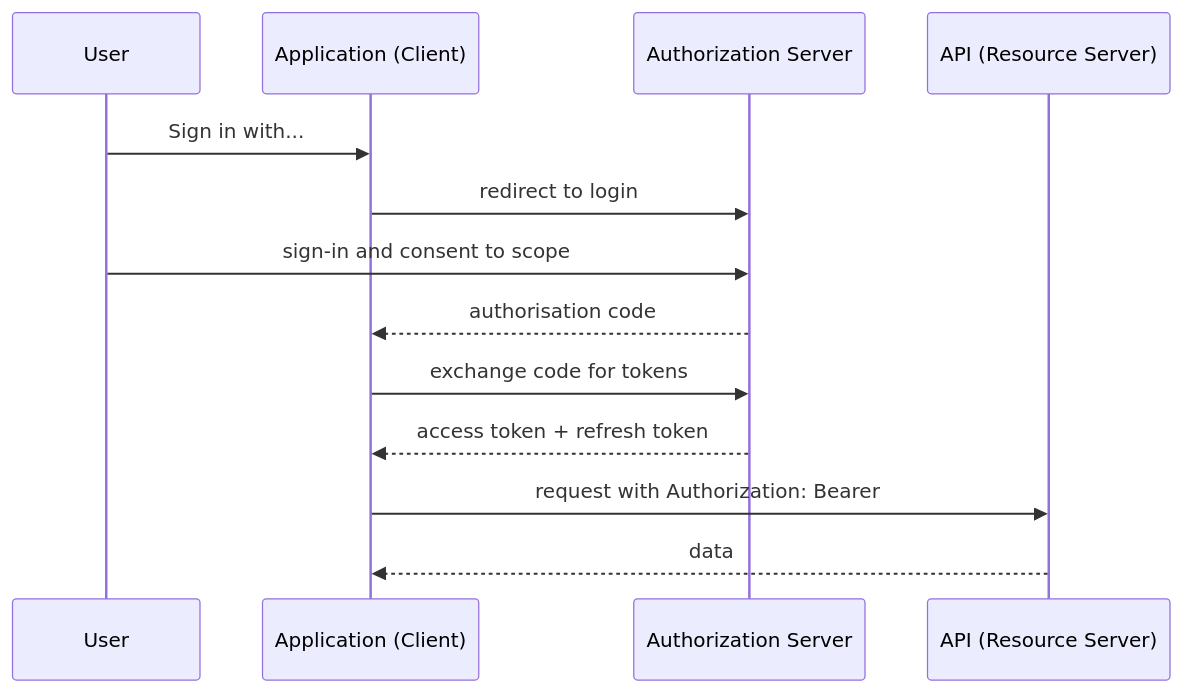
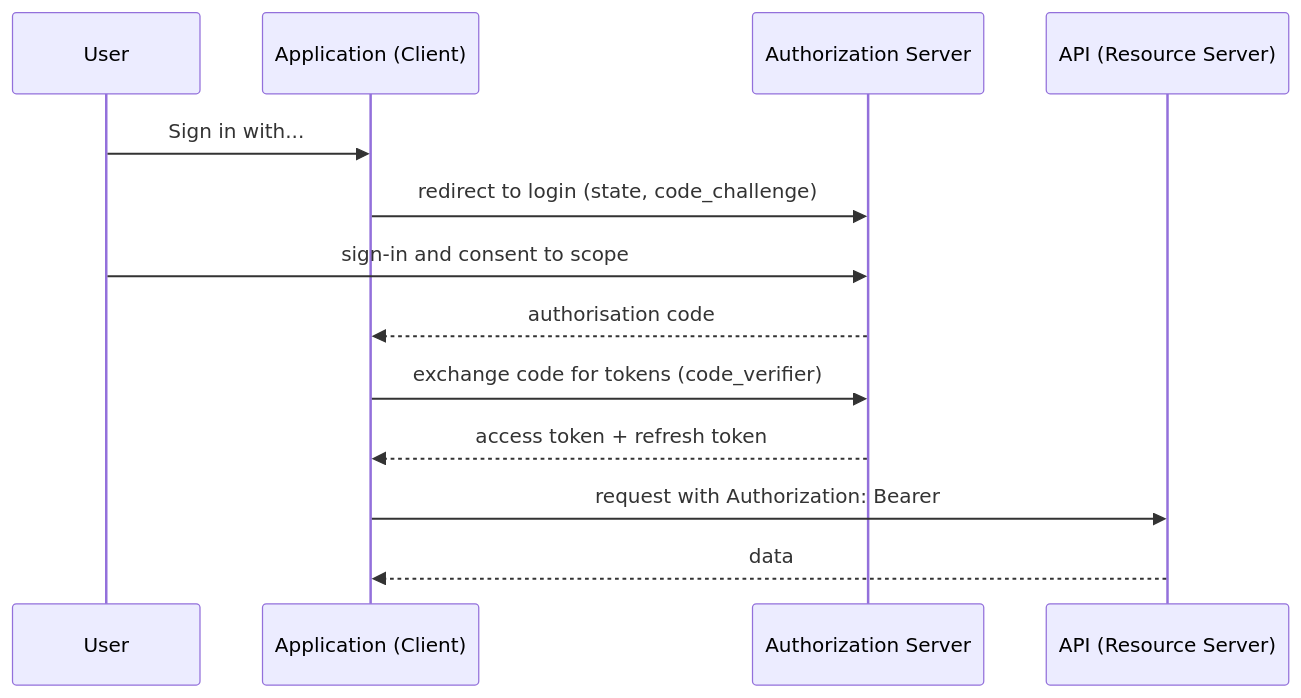
The diagram in docs/technologies/api_testing/authentication.en.md (Finito21/Quality_Assurance), drawn with Mermaid before and after one commit. The commit also changed other lines of this file and 93 other files, not shown here.

````diff
--- a/docs/technologies/api_testing/authentication.en.md
+++ b/docs/technologies/api_testing/authentication.en.md
@@ -62,17 +62,17 @@
 ```mermaid
 sequenceDiagram
     accTitle: OAuth 2.0
     accDescr: The user signs in on the authorisation server, the application receives a code and exchanges it for tokens, then calls the API with the token in the Authorization header.
     participant U as User
     participant C as Application (Client)
     participant AS as Authorization Server
     participant RS as API (Resource Server)
     U->>C: Sign in with...
-    C->>AS: redirect to login
+    C->>AS: redirect to login (state, code_challenge)
     U->>AS: sign-in and consent to scope
     AS-->>C: authorisation code
-    C->>AS: exchange code for tokens
+    C->>AS: exchange code for tokens (code_verifier)
     AS-->>C: access token + refresh token
     C->>RS: request with Authorization: Bearer
     RS-->>C: data
 ```
````
